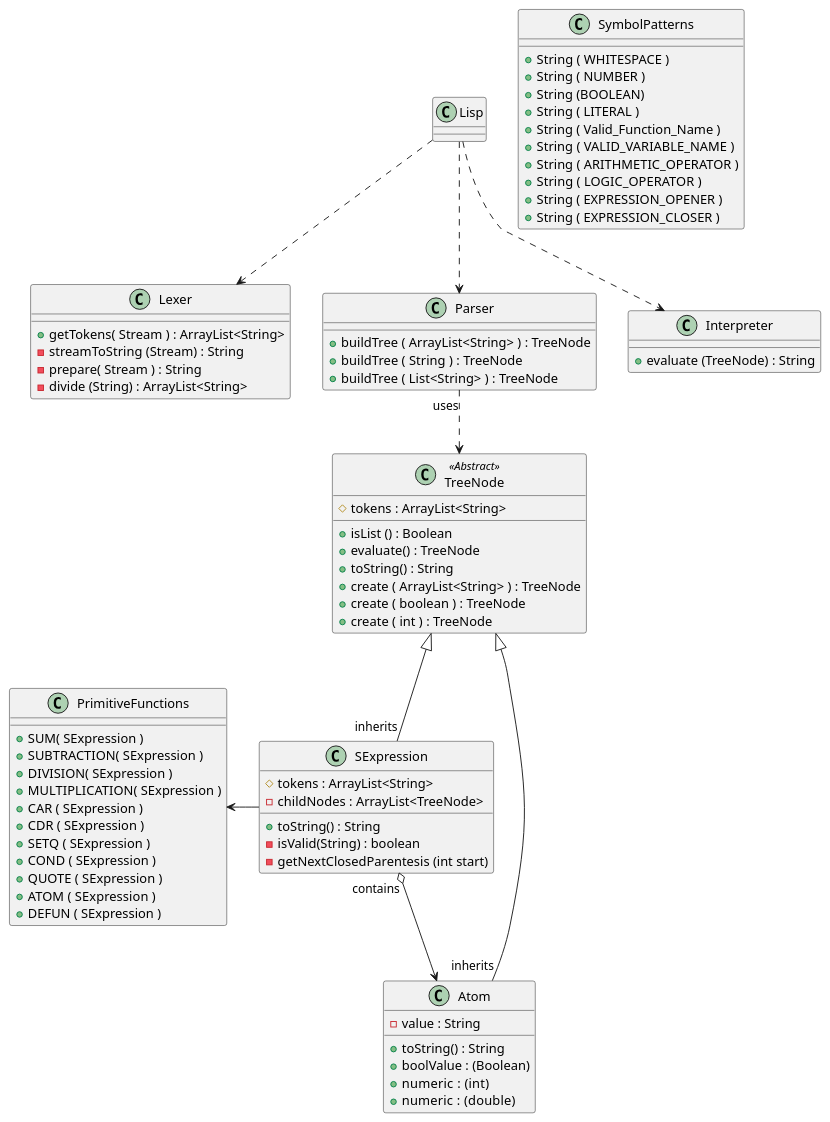
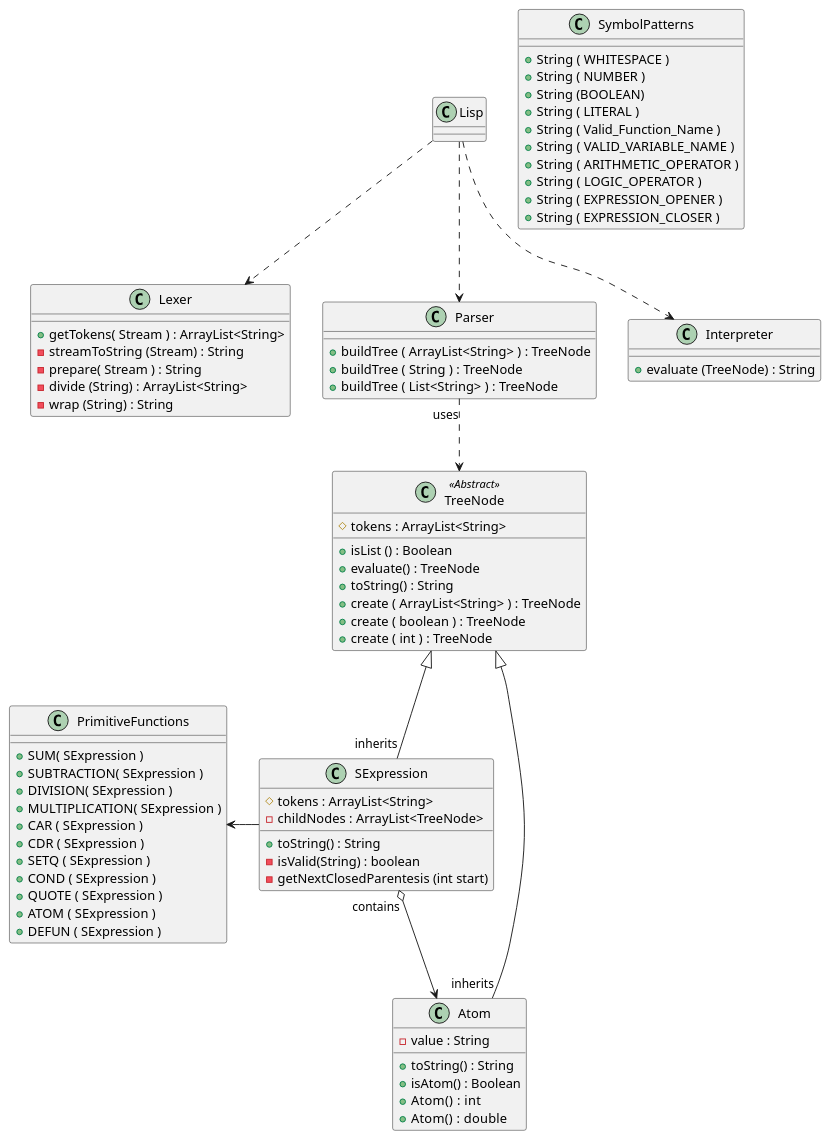
The diagram in classesUML.puml (DiegoLinares11/LISP-Project), drawn with PlantUML before and after one commit.

Commit message:
Update classesUML.puml
Correcion UML

```diff
--- a/classesUML.puml
+++ b/classesUML.puml
@@ -1,106 +1,108 @@
 @startuml
 'https://plantuml.com/class-diagram
 
 class Lisp
 class Lexer
 class Parser
 class Interpreter
 
 Lisp ..> Lexer
 Lisp ..> Parser
 Lisp ..> Interpreter
 
 abstract class TreeNode
 class Atom
 class SExpression
 
 class PrimitiveFunctions
 class SymbolPatterns{
    + String ( WHITESPACE )
    + String ( NUMBER )
    + String (BOOLEAN)
    + String ( LITERAL )
    + String ( Valid_Function_Name )
    + String ( VALID_VARIABLE_NAME )
    + String ( ARITHMETIC_OPERATOR )
    + String ( LOGIC_OPERATOR )
    + String ( EXPRESSION_OPENER )
    + String ( EXPRESSION_CLOSER )
 
 
 
 }
 
 Parser "uses" ..> TreeNode
 
 TreeNode <|-- "inherits" Atom
 TreeNode <|-- "inherits" SExpression
 SExpression "contains" o--> Atom
  PrimitiveFunctions <- SExpression
 
 class Lexer {
     + getTokens( Stream ) : ArrayList<String>
     - streamToString (Stream) : String
     - prepare( Stream ) : String
     - divide (String) : ArrayList<String>
+    - wrap (String) : String
+
 }
 
 class Parser {
     + buildTree ( ArrayList<String> ) : TreeNode
     + buildTree ( String ) : TreeNode
     + buildTree ( List<String> ) : TreeNode
 
 
 }
 
 class Interpreter {
     + evaluate (TreeNode) : String
 }
 
 class TreeNode <<Abstract>>{
     # tokens : ArrayList<String>
     + isList () : Boolean
     + evaluate() : TreeNode
     + toString() : String
     + create ( ArrayList<String> ) : TreeNode
     + create ( boolean ) : TreeNode
     + create ( int ) : TreeNode
 
 }
 
 class Atom {
     - value : String
     + toString() : String
-    + boolValue : (Boolean)
-    + numeric :  (int)
-    + numeric :  (double)
+    + isAtom() : Boolean
+    + Atom() :  int
+    + Atom() :  double
 
 
 
 
 }
 
 class SExpression {
     'Talvez los tokens no sen necesarios'
     # tokens : ArrayList<String>
     - childNodes : ArrayList<TreeNode>
     + toString() : String
     - isValid(String) : boolean
     - getNextClosedParentesis (int start)
 }
 
 class PrimitiveFunctions{
    + SUM( SExpression )
    + SUBTRACTION( SExpression )
    + DIVISION( SExpression )
    + MULTIPLICATION( SExpression )
    + CAR ( SExpression )
    + CDR ( SExpression )
    + SETQ ( SExpression )
    + COND ( SExpression )
    + QUOTE ( SExpression )
    + ATOM ( SExpression )
    + DEFUN ( SExpression )
 
 }
 @enduml
```
